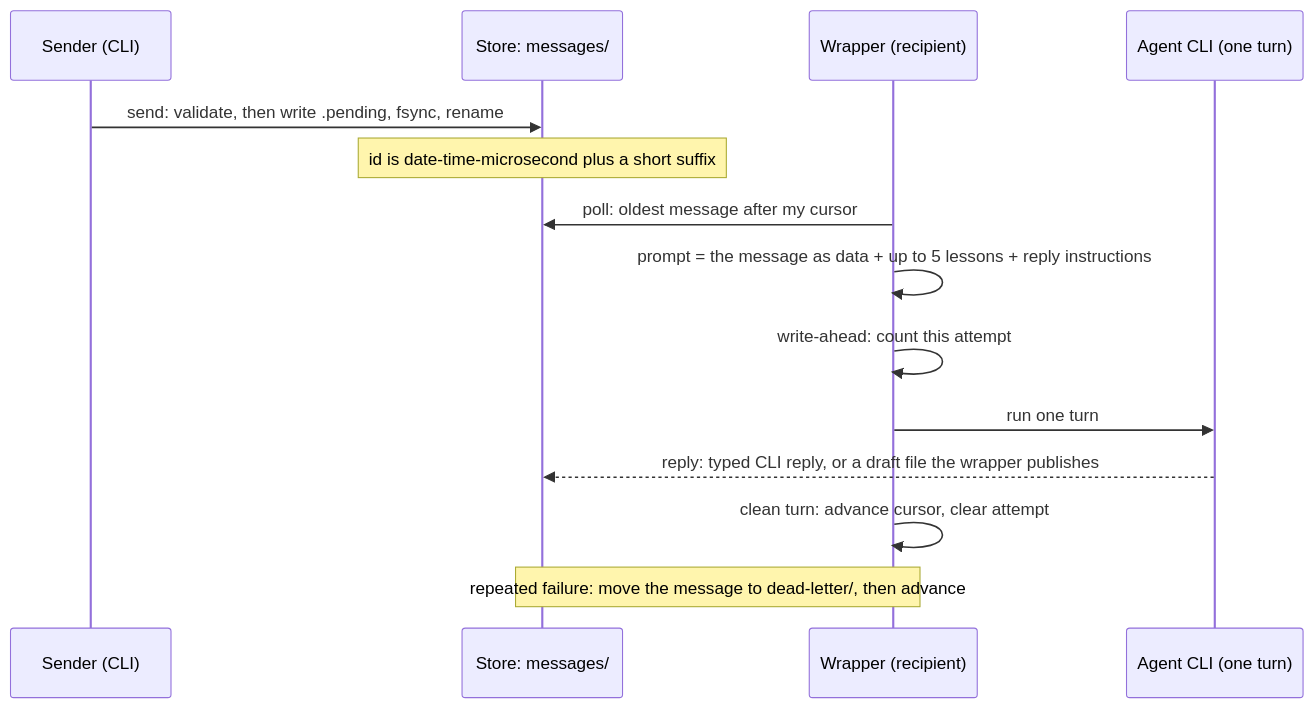
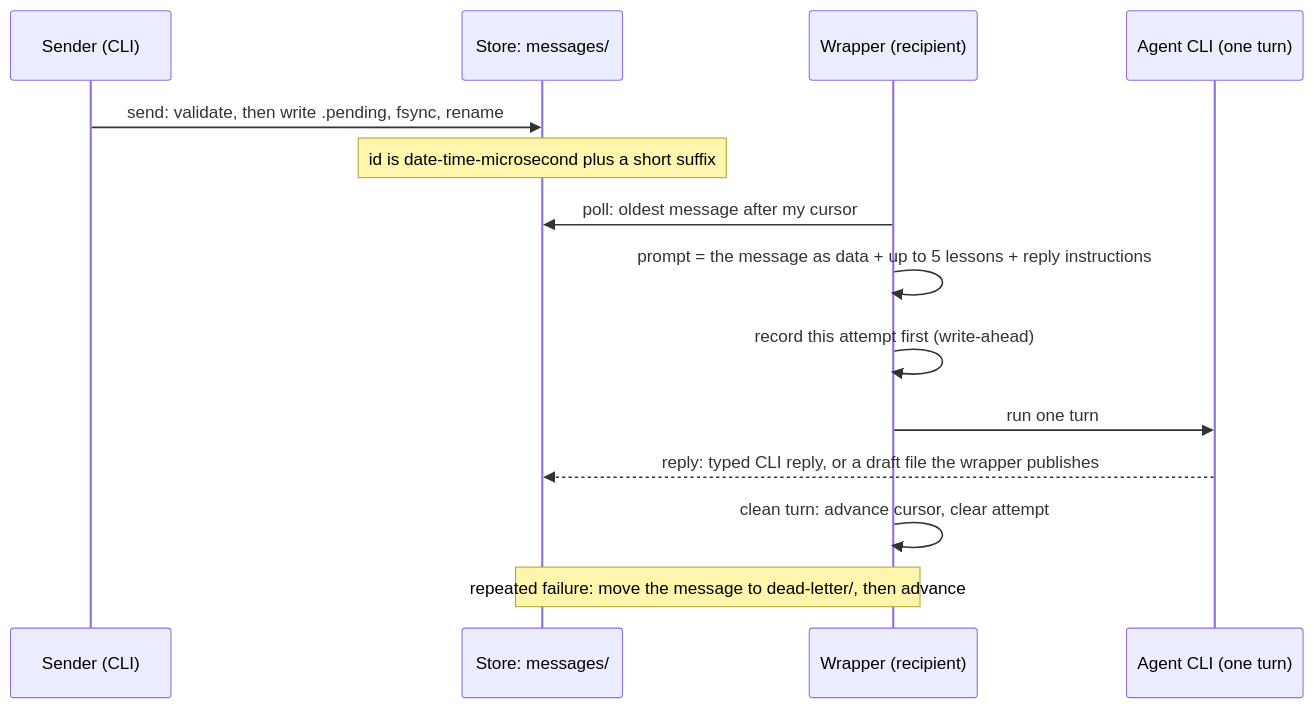
One commit to zoolok17/agenttalk changed the third of 5 diagrams in docs/OVERVIEW.md. Above: the diagram before and after it, drawn with Mermaid. The commit also changed other lines of this file and 1 other file, not shown here.

````diff
--- a/docs/OVERVIEW.md
+++ b/docs/OVERVIEW.md
@@ -150,16 +167,16 @@
 ```mermaid
 sequenceDiagram
     participant S as Sender (CLI)
     participant ST as Store: messages/
     participant W as Wrapper (recipient)
     participant A as Agent CLI (one turn)
     S->>ST: send: validate, then write .pending, fsync, rename
     Note over ST: id is date-time-microsecond plus a short suffix
     W->>ST: poll: oldest message after my cursor
     W->>W: prompt = the message as data + up to 5 lessons + reply instructions
-    W->>W: write-ahead: count this attempt
+    W->>W: record this attempt first (write-ahead)
     W->>A: run one turn
     A-->>ST: reply: typed CLI reply, or a draft file the wrapper publishes
     W->>W: clean turn: advance cursor, clear attempt
     Note over W,ST: repeated failure: move the message to dead-letter/, then advance
 ```
````
